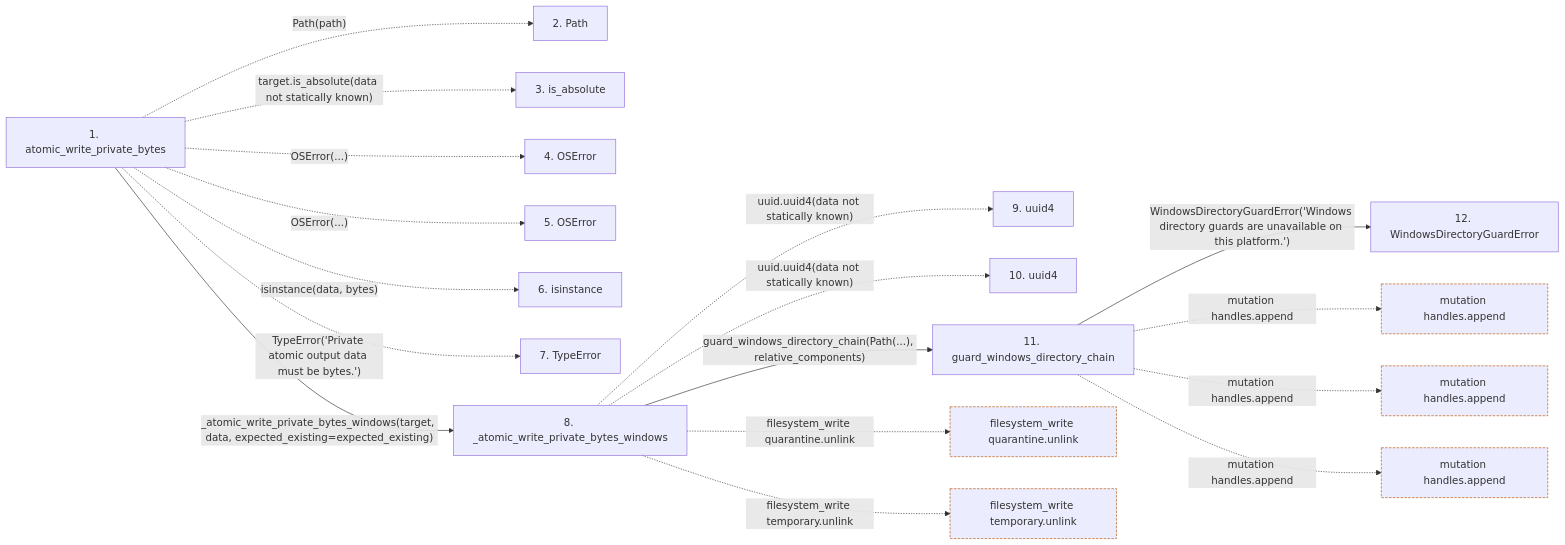
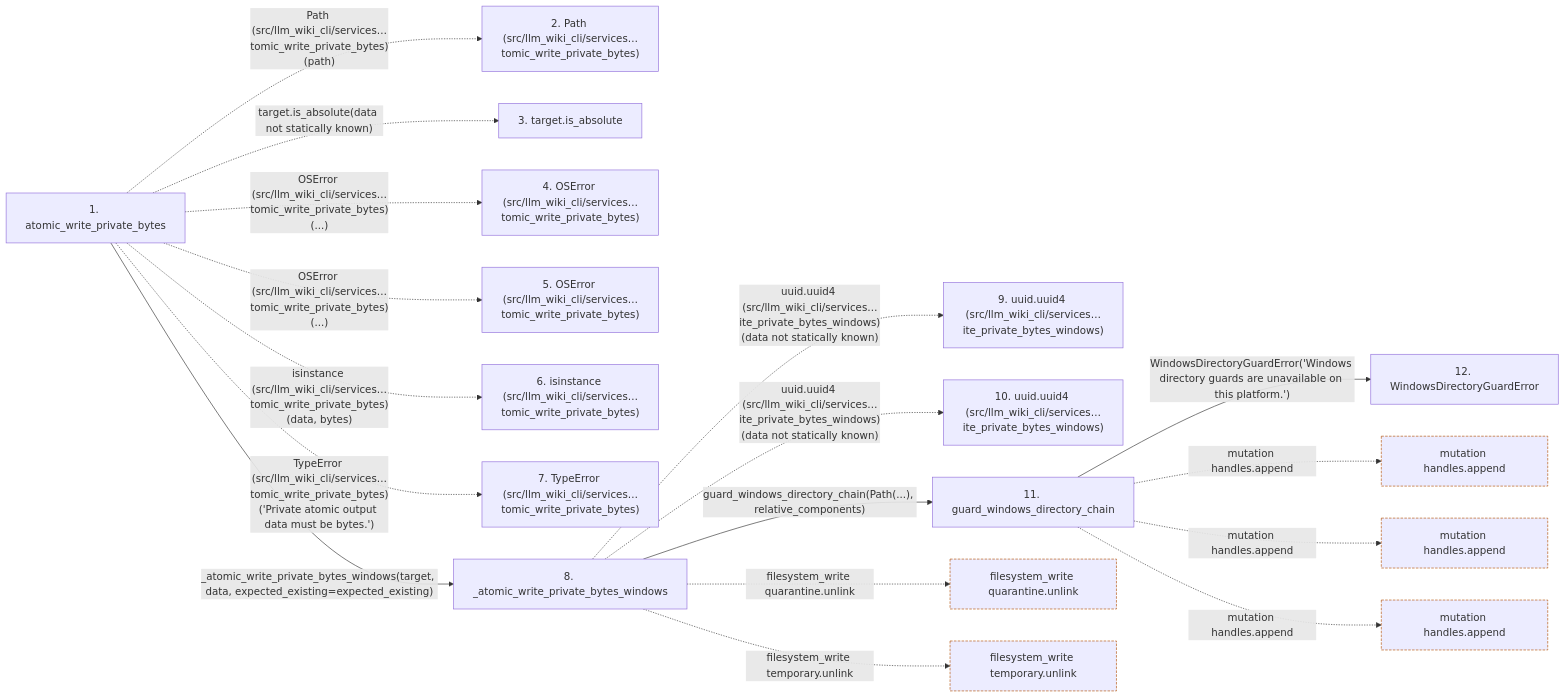
The second of 2 diagrams in docs/llm_wiki/flows/api-atomic_write_private_bytes.md (Denissvgn/python-wiki-llm), drawn with Mermaid before and after one commit. The commit also changed other lines of this file and 719 other files, not shown here.

````diff
--- a/docs/llm_wiki/flows/api-atomic_write_private_bytes.md
+++ b/docs/llm_wiki/flows/api-atomic_write_private_bytes.md
@@ -73,46 +76,46 @@
 ```mermaid
 flowchart LR
     s1["1. atomic_write_private_bytes"]
-    s2["2. Path"]
-    s3["3. is_absolute"]
-    s4["4. OSError"]
-    s5["5. OSError"]
-    s6["6. isinstance"]
-    s7["7. TypeError"]
+    s2["2. Path (src/llm_wiki_cli/services…tomic_write_private_bytes)"]
+    s3["3. target.is_absolute"]
+    s4["4. OSError (src/llm_wiki_cli/services…tomic_write_private_bytes)"]
+    s5["5. OSError (src/llm_wiki_cli/services…tomic_write_private_bytes)"]
+    s6["6. isinstance (src/llm_wiki_cli/services…tomic_write_private_bytes)"]
+    s7["7. TypeError (src/llm_wiki_cli/services…tomic_write_private_bytes)"]
     s8["8. _atomic_write_private_bytes_windows"]
-    s9["9. uuid4"]
-    s10["10. uuid4"]
+    s9["9. uuid.uuid4 (src/llm_wiki_cli/services…ite_private_bytes_windows)"]
+    s10["10. uuid.uuid4 (src/llm_wiki_cli/services…ite_private_bytes_windows)"]
     s11["11. guard_windows_directory_chain"]
     s12["12. WindowsDirectoryGuardError"]
-    s1 -. "Path(path)" .-> s2
+    s1 -. "Path (src/llm_wiki_cli/services…tomic_write_private_bytes)(path)" .-> s2
     s1 -. "target.is_absolute(data not statically known)" .-> s3
-    s1 -. "OSError(...)" .-> s4
-    s1 -. "OSError(...)" .-> s5
-    s1 -. "isinstance(data, bytes)" .-> s6
-    s1 -. "TypeError('Private atomic output data must be bytes.')" .-> s7
+    s1 -. "OSError (src/llm_wiki_cli/services…tomic_write_private_bytes)(...)" .-> s4
+    s1 -. "OSError (src/llm_wiki_cli/services…tomic_write_private_bytes)(...)" .-> s5
+    s1 -. "isinstance (src/llm_wiki_cli/services…tomic_write_private_bytes)(data, bytes)" .-> s6
+    s1 -. "TypeError (src/llm_wiki_cli/services…tomic_write_private_bytes)('Private atomic output data must be bytes.')" .-> s7
     s1 -->|"_atomic_write_private_bytes_windows(target, data, expected_existing=expected_existing)"| s8
-    s8 -. "uuid.uuid4(data not statically known)" .-> s9
-    s8 -. "uuid.uuid4(data not statically known)" .-> s10
+    s8 -. "uuid.uuid4 (src/llm_wiki_cli/services…ite_private_bytes_windows)(data not statically known)" .-> s9
+    s8 -. "uuid.uuid4 (src/llm_wiki_cli/services…ite_private_bytes_windows)(data not statically known)" .-> s10
     s8 -->|"guard_windows_directory_chain(Path(...), relative_components)"| s11
     s11 -->|"WindowsDirectoryGuardError('Windows directory guards are unavailable on this platform.')"| s12
     b0["filesystem_write quarantine.unlink"]
     s8 -. "filesystem_write quarantine.unlink" .-> b0
     b1["filesystem_write temporary.unlink"]
     s8 -. "filesystem_write temporary.unlink" .-> b1
     b2["mutation handles.append"]
     s11 -. "mutation handles.append" .-> b2
     b3["mutation handles.append"]
     s11 -. "mutation handles.append" .-> b3
     b4["mutation handles.append"]
     s11 -. "mutation handles.append" .-> b4
     click s1 "../modules/filesystem_guard.md"
     click s8 "../modules/filesystem_guard.md"
     click s11 "../modules/filesystem_guard.md"
     click s12 "../modules/filesystem_guard.md"
     classDef boundary stroke:#b45309,stroke-dasharray: 4 2
     class b0 boundary
     class b1 boundary
     class b2 boundary
     class b3 boundary
     class b4 boundary
 ```
````
